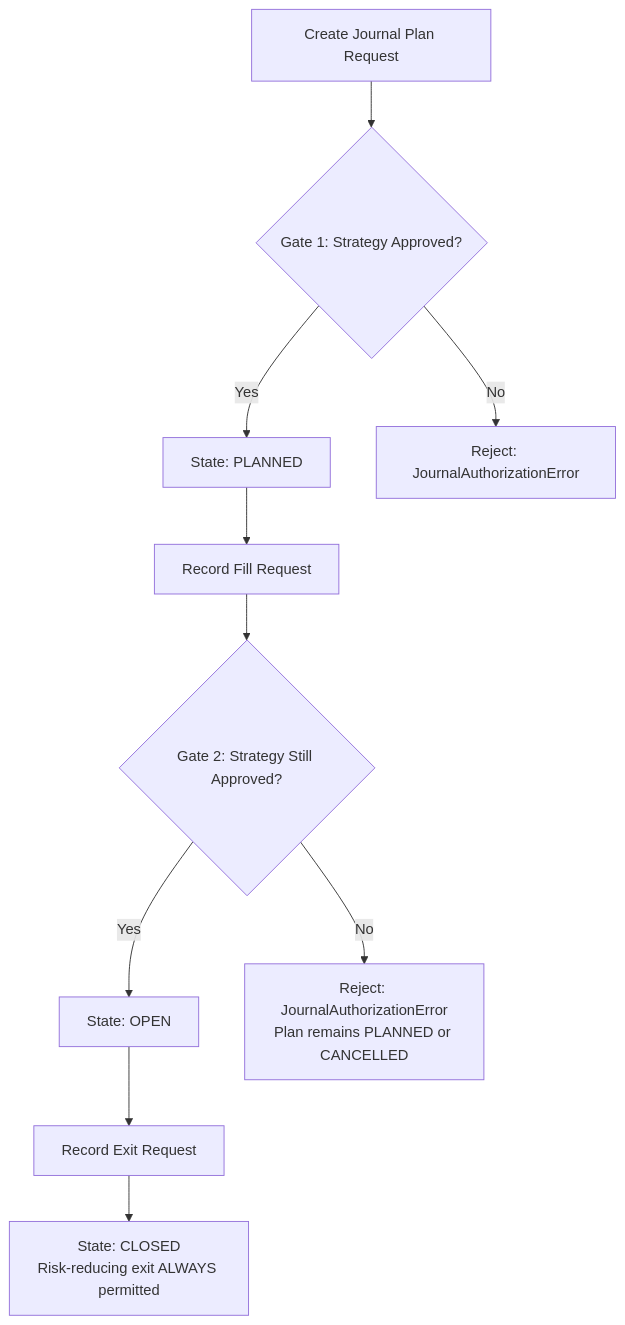
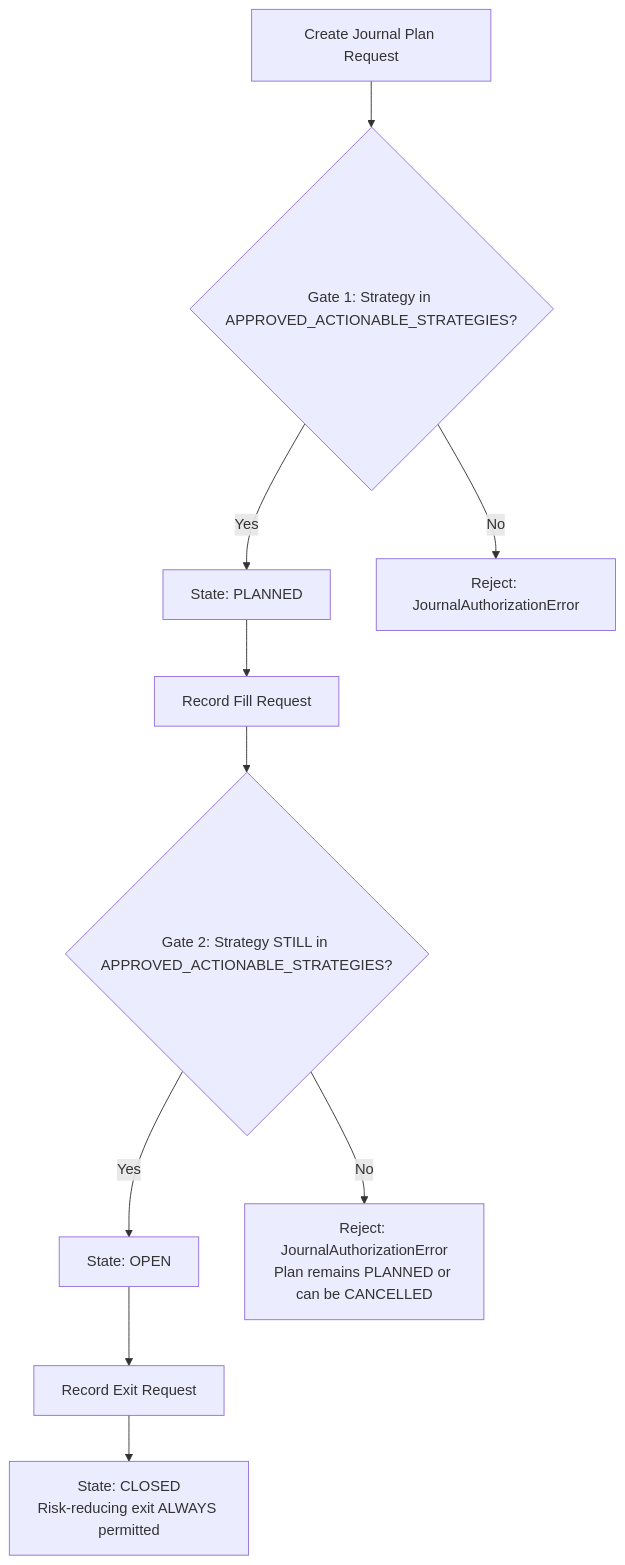
Before and after one commit to gyairbyte/TradeX: the first of 3 diagrams in docs/product/MVP-ARCH-001-R6-READINESS.md, drawn with Mermaid. The commit also changed other lines of this file, not shown here.

Commit message:
MVP-ARCH-001-R6: close remaining contract gaps and produce final readiness merge gate

````diff
--- a/docs/product/MVP-ARCH-001-R6-READINESS.md
+++ b/docs/product/MVP-ARCH-001-R6-READINESS.md
@@ -171,14 +180,14 @@
 ```mermaid
 flowchart TD
-    A[Create Journal Plan Request] --> B{Gate 1: Strategy Approved?}
+    A[Create Journal Plan Request] --> B{Gate 1: Strategy in APPROVED_ACTIONABLE_STRATEGIES?}
     B -- Yes --> C[State: PLANNED]
     B -- No --> D[Reject: JournalAuthorizationError]
 
     C --> E[Record Fill Request]
-    E --> F{Gate 2: Strategy Still Approved?}
+    E --> F{Gate 2: Strategy STILL in APPROVED_ACTIONABLE_STRATEGIES?}
     F -- Yes --> G[State: OPEN]
-    F -- No --> H[Reject: JournalAuthorizationError<br/>Plan remains PLANNED or CANCELLED]
+    F -- No --> H[Reject: JournalAuthorizationError<br/>Plan remains PLANNED or can be CANCELLED]
 
     G --> I[Record Exit Request]
     I --> J[State: CLOSED<br/>Risk-reducing exit ALWAYS permitted]
 ```
````
